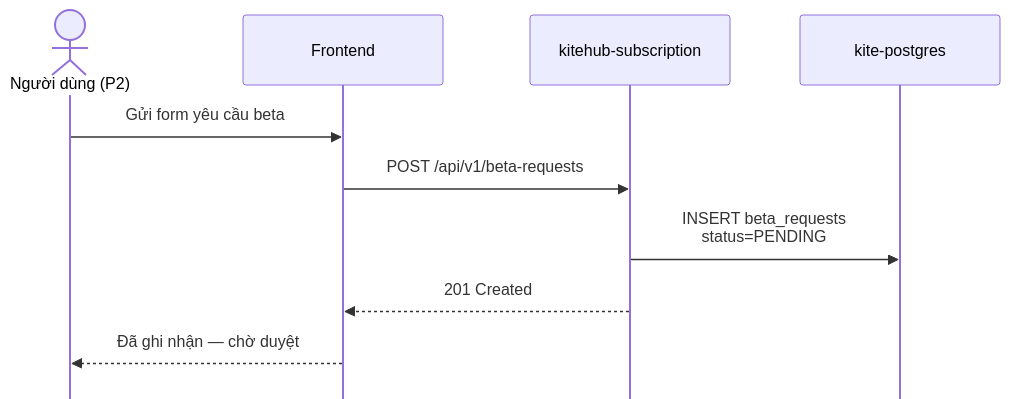
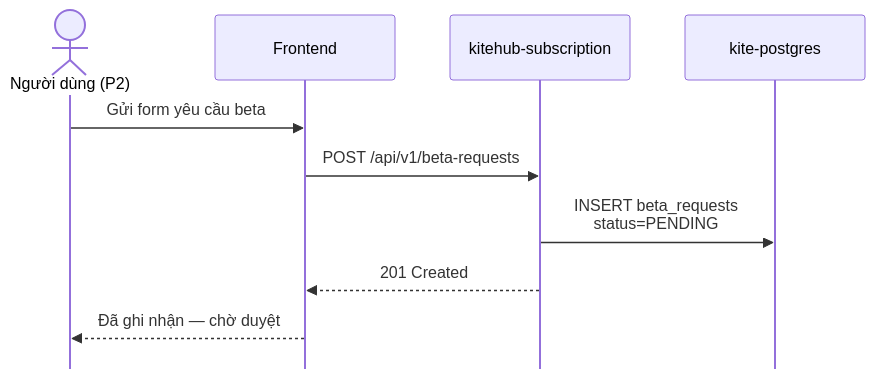
One commit to VictorAurelius/2026-Kite-Class-Platform changed the tenth of 12 diagrams in documents/08-thesis/chapter-2-system-architecture.md. Above: the diagram before and after it, drawn with Mermaid. The commit also changed other lines of this file and 3 other files, not shown here.

First line of the commit message:
docs(thesis): sweep remaining 11 banned <br/> in sequences + fix vague Terraform version

````diff
--- a/documents/08-thesis/chapter-2-system-architecture.md
+++ b/documents/08-thesis/chapter-2-system-architecture.md
@@ -640,14 +640,14 @@
 ```mermaid
-%%{init: {"sequence": {"diagramMarginX": 50, "diagramMarginY": 25, "actorMargin": 70, "width": 200, "height": 70, "boxMargin": 18, "boxTextMargin": 10, "noteMargin": 15, "messageMargin": 50, "mirrorActors": false}, "themeVariables": {"fontSize": "34px", "messageFontSize": "32px", "noteFontSize": "32px"}}}%%
+%%{init: {"sequence": {"diagramMarginX": 30, "diagramMarginY": 20, "actorMargin": 55, "width": 180, "height": 65, "boxMargin": 14, "boxTextMargin": 8, "noteMargin": 12, "messageMargin": 40, "mirrorActors": false, "wrap": true}, "themeVariables": {"fontSize": "36px", "messageFontSize": "34px", "noteFontSize": "34px"}}}%%
 sequenceDiagram
     actor U as Người dùng (P2)
     participant FE as Frontend
     participant API as kitehub-subscription
     participant DB as kite-postgres
 
     U->>FE: Gửi form yêu cầu beta
     FE->>API: POST /api/v1/beta-requests
-    API->>DB: INSERT beta_requests<br/>status=PENDING
+    API->>DB: INSERT beta_requests status=PENDING
     API-->>FE: 201 Created
     FE-->>U: Đã ghi nhận — chờ duyệt
 ```
````
